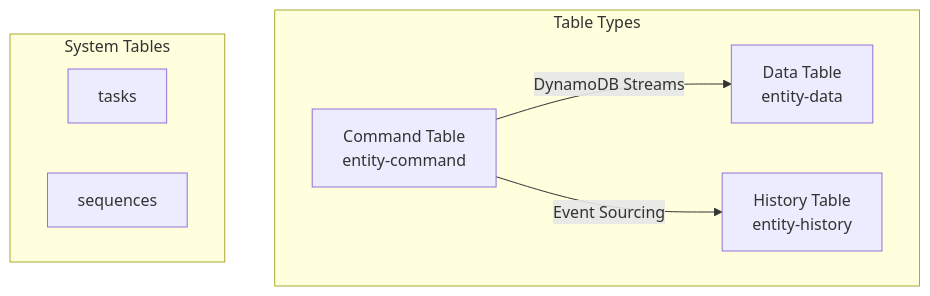
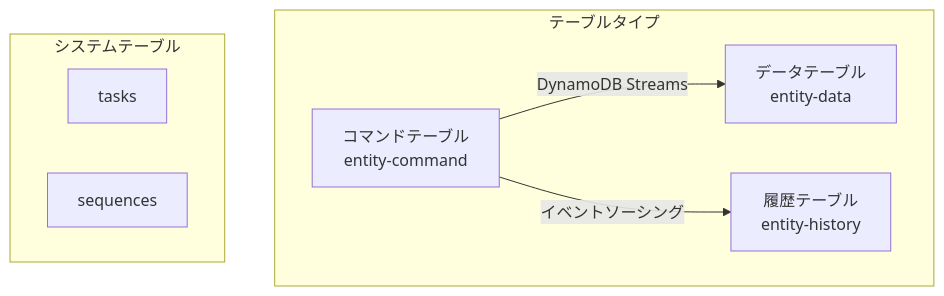
One commit to mbc-net/mbc-cqrs-serverless-doc changed the diagram in i18n/ja/docusaurus-plugin-content-docs/current/dynamodb.md. Above: the diagram before and after it, drawn with Mermaid. The commit also changed other lines of this file and 1 other file, not shown here.

````diff
--- a/i18n/ja/docusaurus-plugin-content-docs/current/dynamodb.md
+++ b/i18n/ja/docusaurus-plugin-content-docs/current/dynamodb.md
@@ -13,16 +13,16 @@
 ```mermaid
 graph TB
-    subgraph "Table Types"
-        A["Command Table<br/>entity-command"]
-        B["Data Table<br/>entity-data"]
-        C["History Table<br/>entity-history"]
+    subgraph "テーブルタイプ"
+        A["コマンドテーブル<br/>entity-command"]
+        B["データテーブル<br/>entity-data"]
+        C["履歴テーブル<br/>entity-history"]
     end
 
-    subgraph "System Tables"
+    subgraph "システムテーブル"
         D["tasks"]
         E["sequences"]
     end
 
     A -->|"DynamoDB Streams"| B
-    A -->|"Event Sourcing"| C
+    A -->|"イベントソーシング"| C
 ```
````
